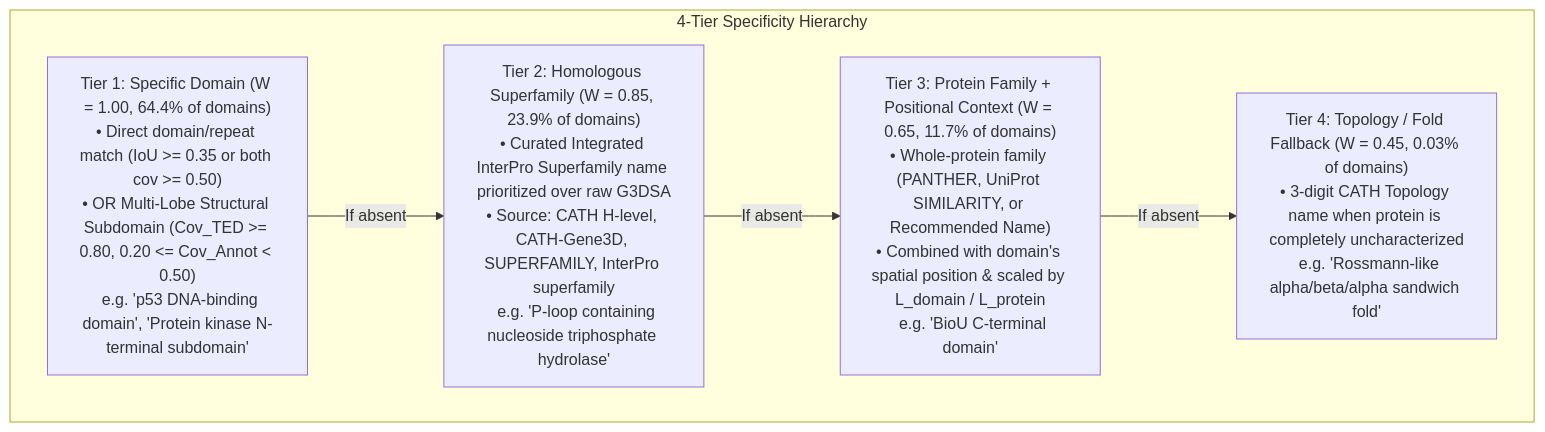
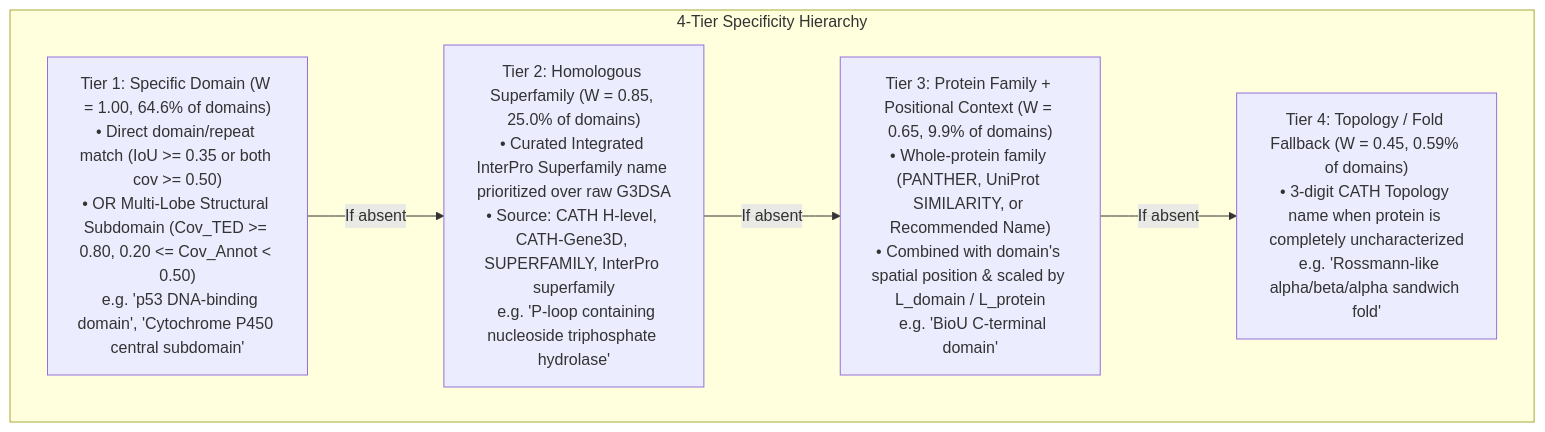
The second of 2 diagrams in docs/NAMING_PROCESS.md (KarelBerka/TED-namer), drawn with Mermaid before and after one commit. The commit also changed other lines of this file and 13 other files, not shown here.

````diff
--- a/docs/NAMING_PROCESS.md
+++ b/docs/NAMING_PROCESS.md
@@ -144,12 +144,12 @@
 ```mermaid
 graph TB
     subgraph Tiers["4-Tier Specificity Hierarchy"]
-        T1["Tier 1: Specific Domain (W = 1.00, 64.4% of domains)\n• Direct domain/repeat match (IoU >= 0.35 or both cov >= 0.50)\n• OR Multi-Lobe Structural Subdomain (Cov_TED >= 0.80, 0.20 <= Cov_Annot < 0.50)\n  e.g. 'p53 DNA-binding domain', 'Protein kinase N-terminal subdomain'"]
-        T2["Tier 2: Homologous Superfamily (W = 0.85, 23.9% of domains)\n• Curated Integrated InterPro Superfamily name prioritized over raw G3DSA\n• Source: CATH H-level, CATH-Gene3D, SUPERFAMILY, InterPro superfamily\n  e.g. 'P-loop containing nucleoside triphosphate hydrolase'"]
-        T3["Tier 3: Protein Family + Positional Context (W = 0.65, 11.7% of domains)\n• Whole-protein family (PANTHER, UniProt SIMILARITY, or Recommended Name)\n• Combined with domain's spatial position & scaled by L_domain / L_protein\n  e.g. 'BioU C-terminal domain'"]
-        T4["Tier 4: Topology / Fold Fallback (W = 0.45, 0.03% of domains)\n• 3-digit CATH Topology name when protein is completely uncharacterized\n  e.g. 'Rossmann-like alpha/beta/alpha sandwich fold'"]
+        T1["Tier 1: Specific Domain (W = 1.00, 64.6% of domains)\n• Direct domain/repeat match (IoU >= 0.35 or both cov >= 0.50)\n• OR Multi-Lobe Structural Subdomain (Cov_TED >= 0.80, 0.20 <= Cov_Annot < 0.50)\n  e.g. 'p53 DNA-binding domain', 'Cytochrome P450 central subdomain'"]
+        T2["Tier 2: Homologous Superfamily (W = 0.85, 25.0% of domains)\n• Curated Integrated InterPro Superfamily name prioritized over raw G3DSA\n• Source: CATH H-level, CATH-Gene3D, SUPERFAMILY, InterPro superfamily\n  e.g. 'P-loop containing nucleoside triphosphate hydrolase'"]
+        T3["Tier 3: Protein Family + Positional Context (W = 0.65, 9.9% of domains)\n• Whole-protein family (PANTHER, UniProt SIMILARITY, or Recommended Name)\n• Combined with domain's spatial position & scaled by L_domain / L_protein\n  e.g. 'BioU C-terminal domain'"]
+        T4["Tier 4: Topology / Fold Fallback (W = 0.45, 0.59% of domains)\n• 3-digit CATH Topology name when protein is completely uncharacterized\n  e.g. 'Rossmann-like alpha/beta/alpha sandwich fold'"]
     end
     T1 -->|If absent| T2
     T2 -->|If absent| T3
     T3 -->|If absent| T4
 ```
````
